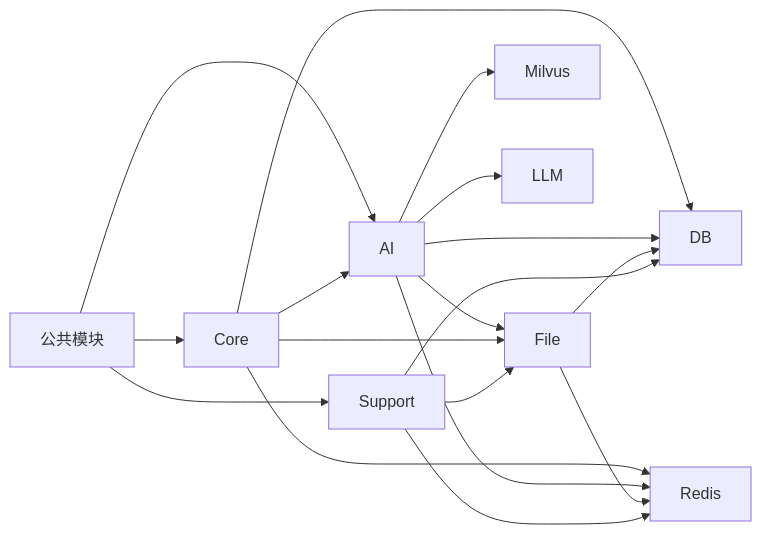
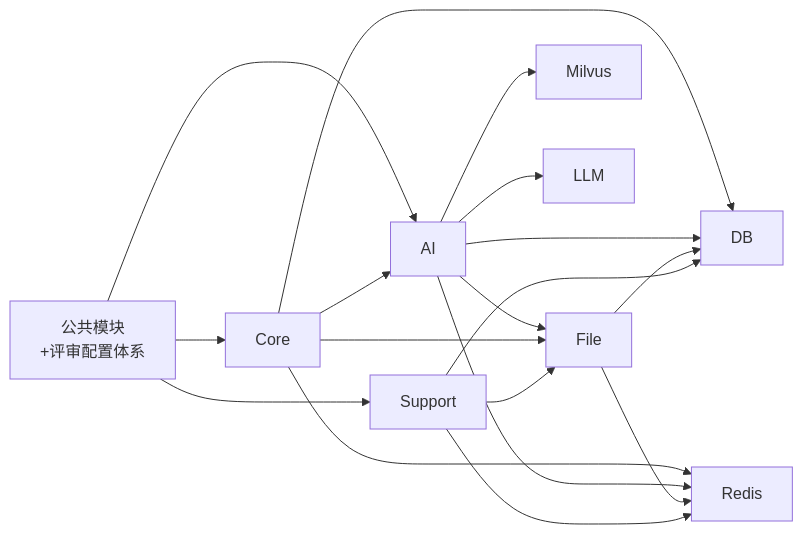
The sixth of 6 diagrams in .qoder/repowiki/zh/content/后端服务/AI处理服务 (ele-ai-tender-ai)/服务概述与架构.md (DrunkFood/First), drawn with Mermaid before and after one commit. The commit also changed other lines of this file and 69 other files, not shown here.

````diff
--- a/.qoder/repowiki/zh/content/后端服务/AI处理服务 (ele-ai-tender-ai)/服务概述与架构.md
+++ b/.qoder/repowiki/zh/content/后端服务/AI处理服务 (ele-ai-tender-ai)/服务概述与架构.md
@@ -253,20 +349,20 @@
 ```mermaid
 graph LR
-Common["公共模块"] --> AI
+Common["公共模块<br/>+评审配置体系"] --> AI
 Common --> Core
 Common --> Support
 AI --> File
 Core --> AI
 Core --> File
 Support --> File
 AI --> Milvus
 AI --> LLM
 Core --> DB
 AI --> DB
 File --> DB
 Support --> DB
 Core --> Redis
 AI --> Redis
 File --> Redis
 Support --> Redis
 ```
````
